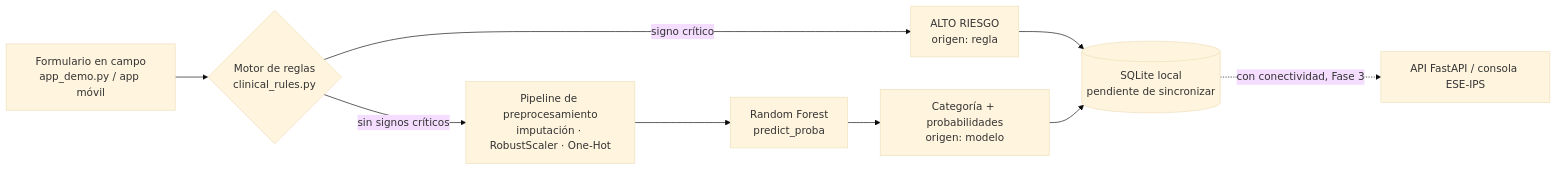
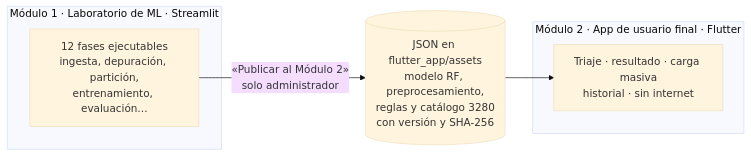
Before and after one commit to AnyeCOsp23/MATERNA: the diagram in README.md, drawn with Mermaid (base theme). The commit also changed other lines of this file, not shown here.

First line of the commit message:
docs: README final de la Fase 3 con los dos módulos, instalación y pruebas actuales

````diff
--- a/README.md
+++ b/README.md
@@ -22,11 +23,11 @@
 ```mermaid
 flowchart LR
-    A[Formulario en campo<br/>app_demo.py / app móvil] --> B{Motor de reglas<br/>clinical_rules.py}
-    B -- signo crítico --> R[ALTO RIESGO<br/>origen: regla]
-    B -- sin signos críticos --> P[Pipeline de preprocesamiento<br/>imputación · RobustScaler · One-Hot]
-    P --> M[Random Forest<br/>predict_proba]
-    M --> C[Categoría + probabilidades<br/>origen: modelo]
-    R --> S[(SQLite local<br/>pendiente de sincronizar)]
-    C --> S
-    S -. con conectividad, Fase 3 .-> API[API FastAPI / consola ESE-IPS]
+    subgraph M1[Módulo 1 · Laboratorio de ML · Streamlit]
+        L[12 fases ejecutables<br/>ingesta, depuración, partición,<br/>entrenamiento, evaluación…]
+    end
+    subgraph M2[Módulo 2 · App de usuario final · Flutter]
+        A[Triaje · resultado · carga masiva<br/>historial · sin internet]
+    end
+    L -- «Publicar al Módulo 2»<br/>solo administrador --> J[(JSON en flutter_app/assets<br/>modelo RF, preprocesamiento,<br/>reglas y catálogo 3280<br/>con versión y SHA-256)]
+    J --> A
 ```
````
